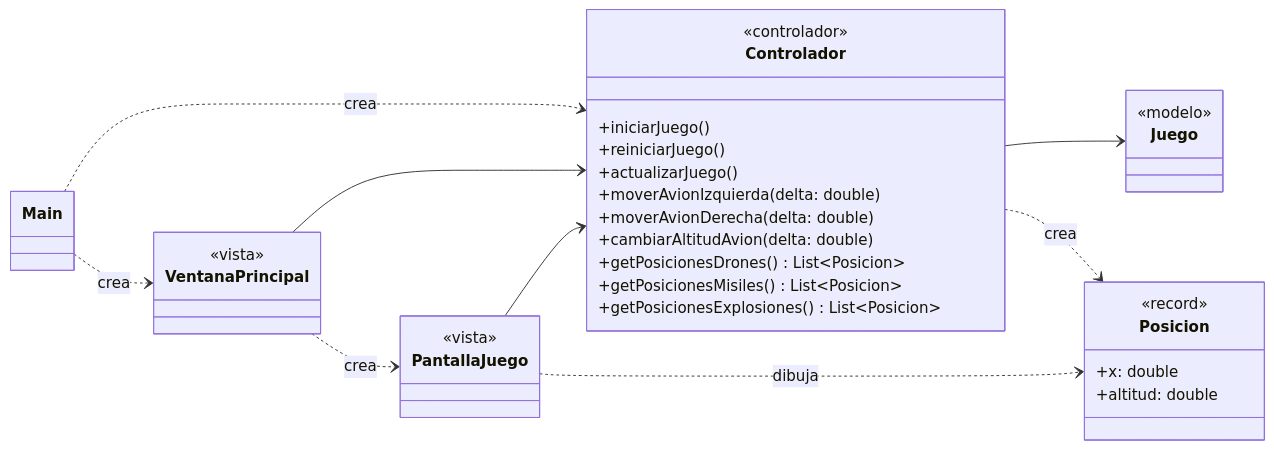
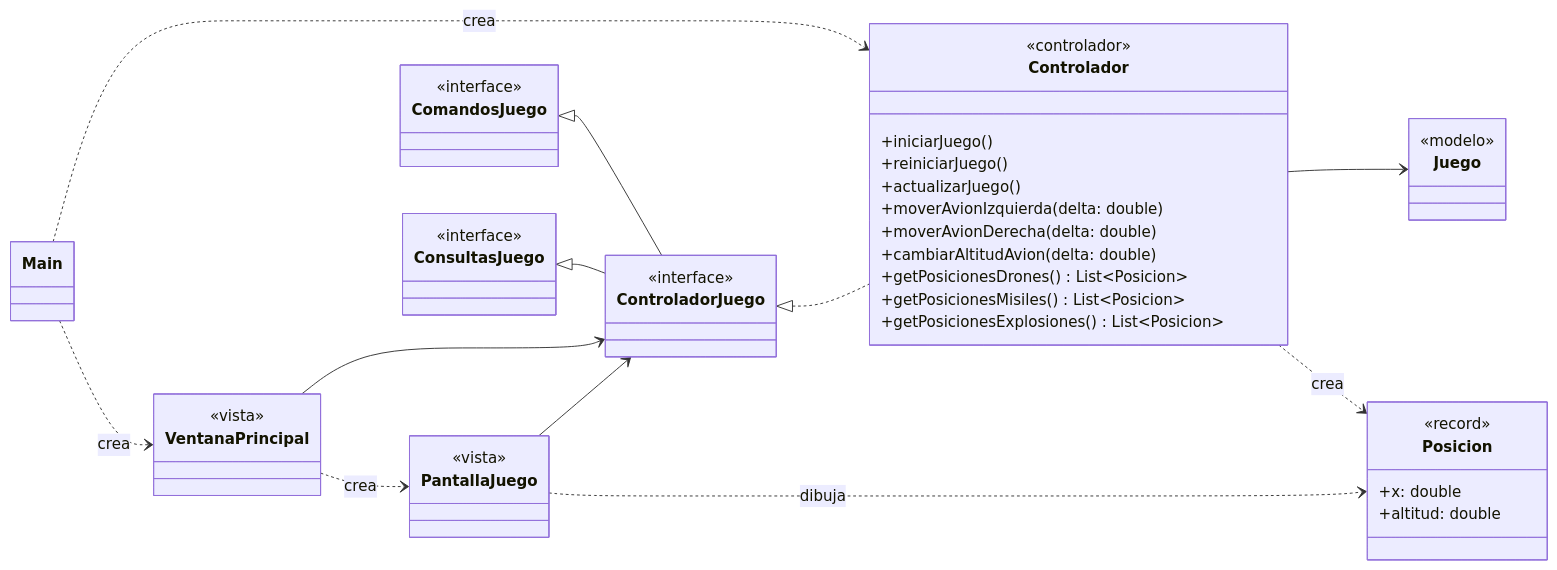
Before and after one commit to Furfaroignacio/ProcesoDesarrollo: the second of 2 diagrams in skydefense/docs/diagramas.md, drawn with Mermaid. The commit also changed other lines of this file, not shown here.

First line of the commit message:
Docs: diagramas actualizados con las refactorizaciones SOLID

````diff
--- a/skydefense/docs/diagramas.md
+++ b/skydefense/docs/diagramas.md
@@ -196,41 +243,53 @@
 ```mermaid
 classDiagram
     direction LR
 
     class Main
     class VentanaPrincipal {
         <<vista>>
     }
     class PantallaJuego {
         <<vista>>
+    }
+    class ComandosJuego {
+        <<interface>>
+    }
+    class ConsultasJuego {
+        <<interface>>
+    }
+    class ControladorJuego {
+        <<interface>>
     }
     class Controlador {
         <<controlador>>
         +iniciarJuego()
         +reiniciarJuego()
         +actualizarJuego()
         +moverAvionIzquierda(delta: double)
         +moverAvionDerecha(delta: double)
         +cambiarAltitudAvion(delta: double)
         +getPosicionesDrones() List~Posicion~
         +getPosicionesMisiles() List~Posicion~
         +getPosicionesExplosiones() List~Posicion~
     }
     class Posicion {
         <<record>>
         +x: double
         +altitud: double
     }
     class Juego {
         <<modelo>>
     }
 
     Main ..> Controlador : crea
     Main ..> VentanaPrincipal : crea
-    VentanaPrincipal --> Controlador
+    ComandosJuego <|-- ControladorJuego
+    ConsultasJuego <|-- ControladorJuego
+    ControladorJuego <|.. Controlador
+    VentanaPrincipal --> ControladorJuego
     VentanaPrincipal ..> PantallaJuego : crea
-    PantallaJuego --> Controlador
+    PantallaJuego --> ControladorJuego
     PantallaJuego ..> Posicion : dibuja
     Controlador --> Juego
     Controlador ..> Posicion : crea
 ```
````
